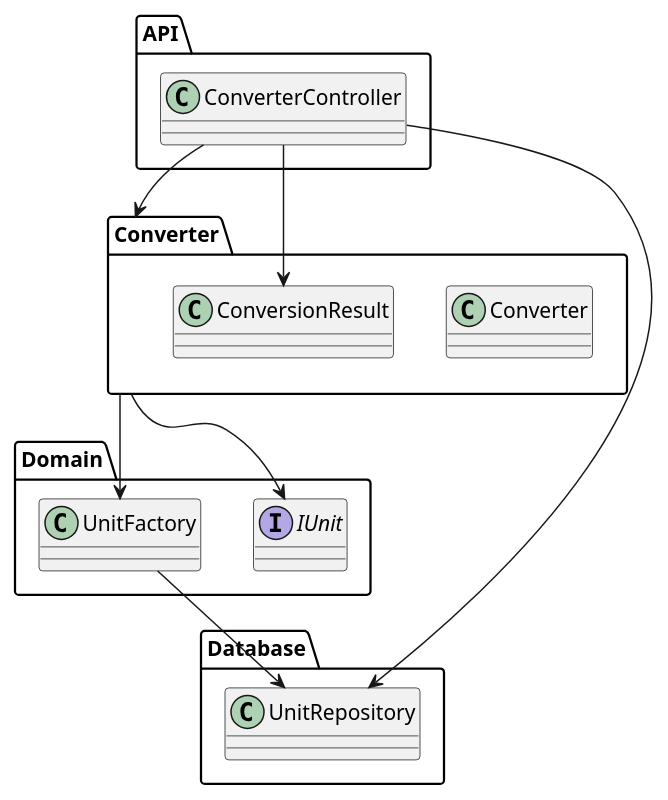
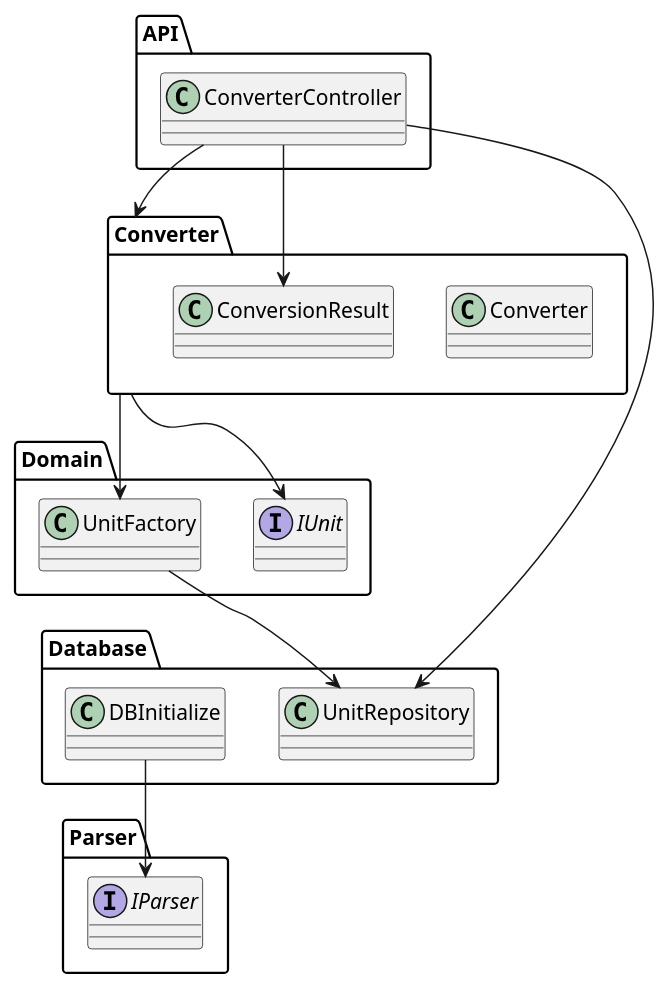
The diagram in docs/uml-module.plantuml (heig-vkaelin/ikt300-project), drawn with PlantUML before and after one commit. The commit also changed 3 other files, not shown here.

Commit message:
Fix diagrams

```diff
--- a/docs/uml-module.plantuml
+++ b/docs/uml-module.plantuml
@@ -1,24 +1,30 @@
 @startuml uml-module-diagram
 package "API" {
-  class ConverterController
+  class ConverterController {}
 }
 package "Converter" {
   class Converter
   class ConversionResult
 }
 package "Domain" {
   interface IUnit
   class UnitFactory
 }
 package "Database" {
   class UnitRepository
+  class DBInitialize
+}
+package "Parser" {
+  interface IParser
 }
 
 ConverterController --> Converter
 ConverterController --> ConversionResult
 ConverterController --> UnitRepository
 Converter --> IUnit
 Converter --> UnitFactory
 UnitFactory --> UnitRepository
 
+DBInitialize --> IParser
+
 @enduml
```
